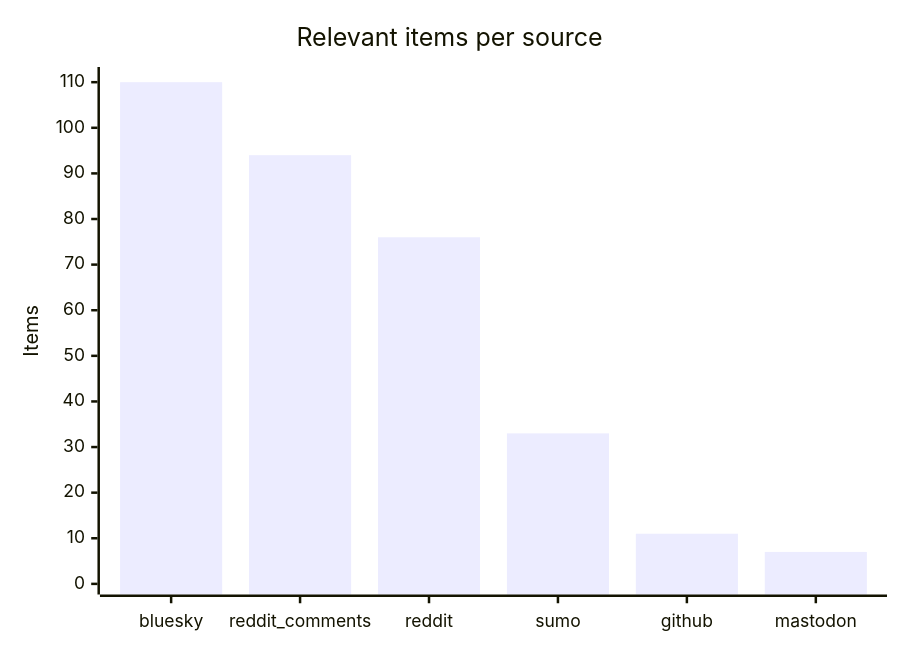
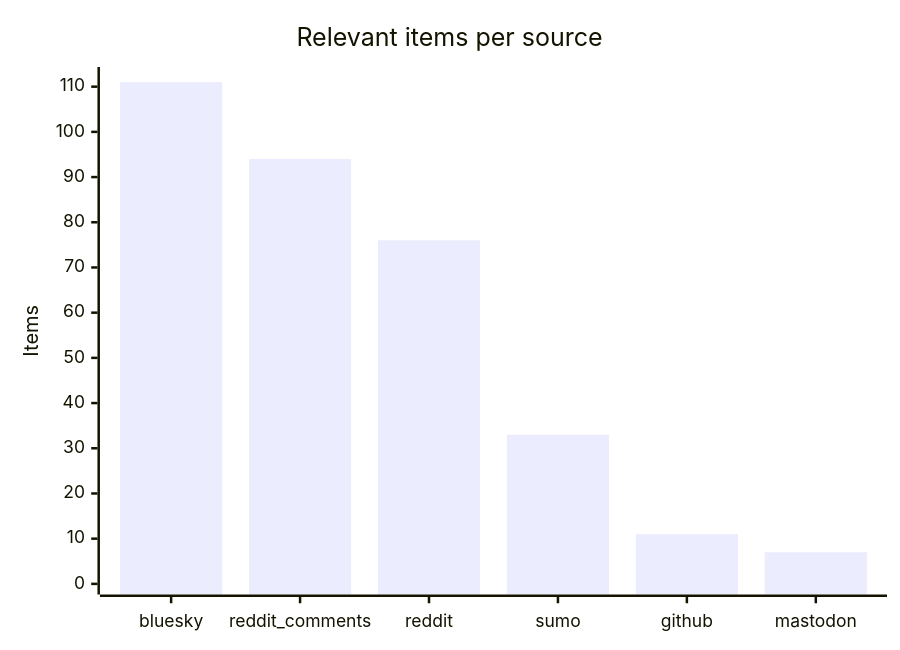
Before and after one commit to martinbalfanz/social-scanner-reports: the third of 4 diagrams in README.md, drawn with Mermaid. The commit also changed other lines of this file and 2 other files, not shown here.

````diff
--- a/README.md
+++ b/README.md
@@ -48,7 +48,7 @@
 ```mermaid
 xychart-beta
     title "Relevant items per source"
     x-axis ["bluesky", "reddit_comments", "reddit", "sumo", "github", "mastodon"]
-    y-axis "Items" 0 --> 111
-    bar [110, 94, 76, 33, 11, 7]
+    y-axis "Items" 0 --> 112
+    bar [111, 94, 76, 33, 11, 7]
 ```
````
